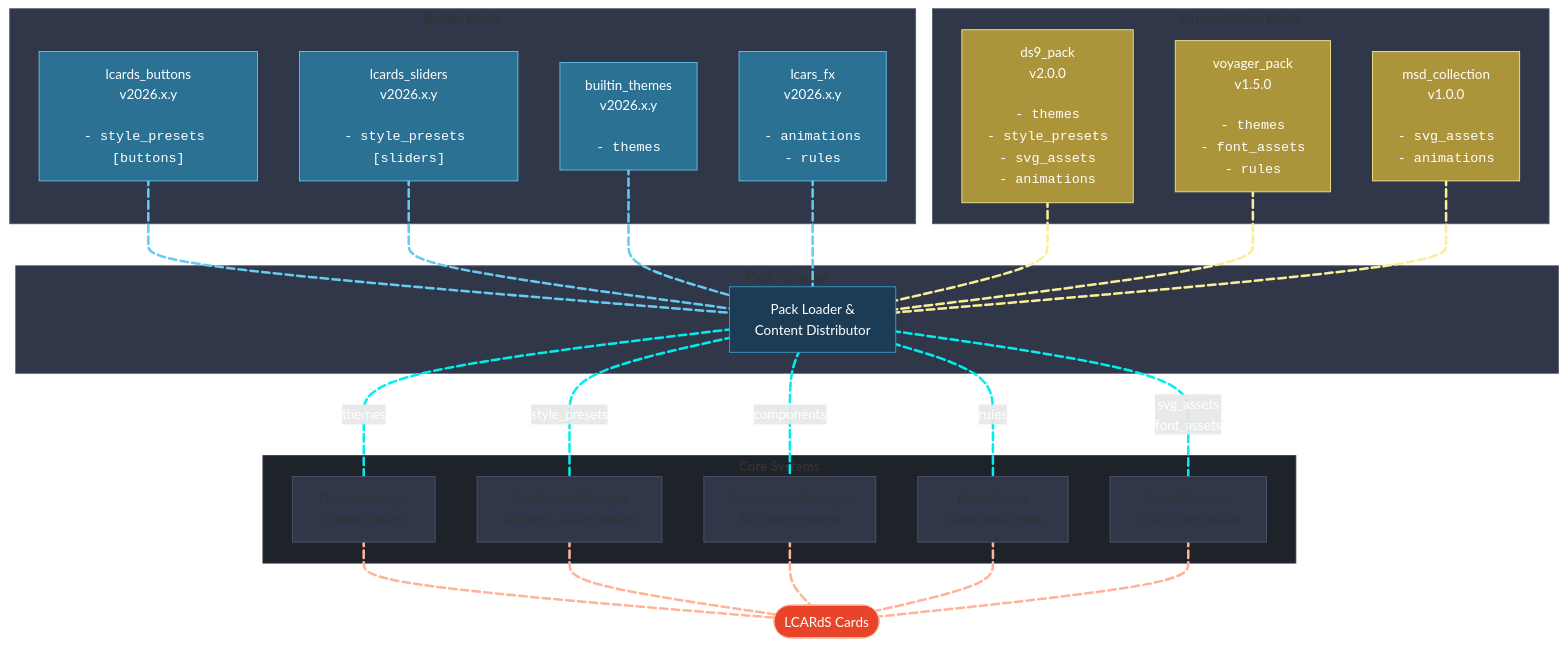
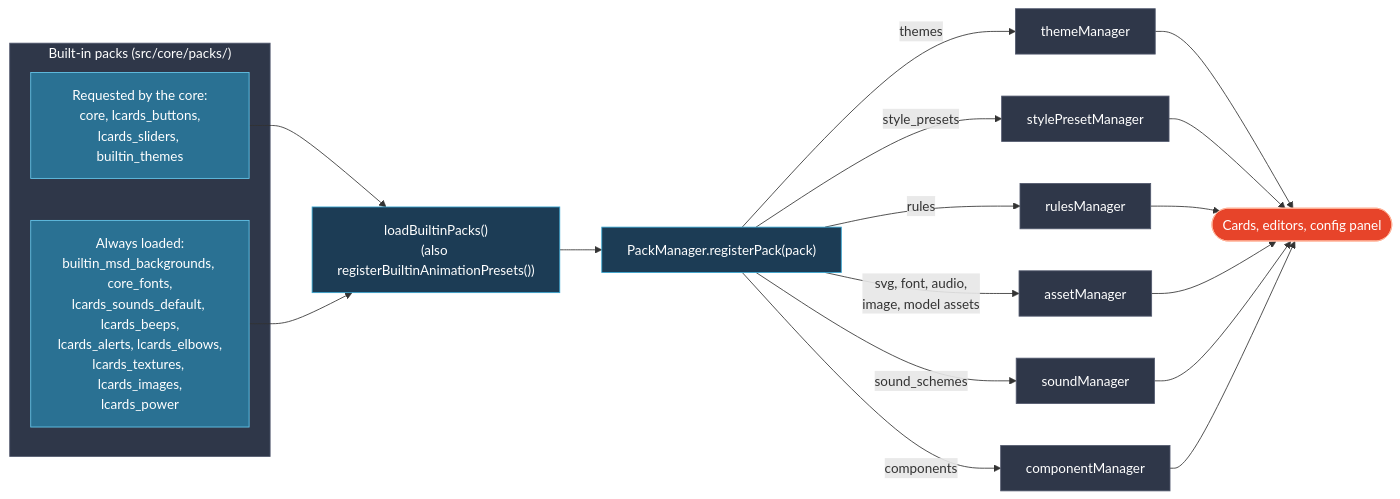
Before and after one commit to snootched/lcards: the second of 2 diagrams in doc/architecture/systems-arch.md, drawn with Mermaid. The commit also changed other lines of this file and 91 other files, not shown here.

````diff
--- a/doc/architecture/systems-arch.md
+++ b/doc/architecture/systems-arch.md
@@ -115,81 +117,31 @@
 ```mermaid
-flowchart TB
-    subgraph BuiltinPacks["<b>Builtin Packs</b>"]
-        P1["lcards_buttons<br/>v2026.x.y<br/><br/><code>- style_presets [buttons]</code>"]:::builtinPacksStyle
-        P2["lcards_sliders<br/>v2026.x.y<br/><br/><code>- style_presets [sliders]</code>"]:::builtinPacksStyle
-        P3["builtin_themes<br/>v2026.x.y<br/><br/><code>- themes</code>"]:::builtinPacksStyle
-        P4["lcars_fx<br/>v2026.x.y<br/><br/><code>- animations<br/>- rules</code>"]:::builtinPacksStyle
+flowchart LR
+    subgraph Packs["Built-in packs (src/core/packs/)"]
+        Req["Requested by the core:<br/>core, lcards_buttons,<br/>lcards_sliders, builtin_themes"]:::builtinPacksStyle
+        Always["Always loaded:<br/>builtin_msd_backgrounds, core_fonts,<br/>lcards_sounds_default, lcards_beeps,<br/>lcards_alerts, lcards_elbows,<br/>lcards_textures, lcards_images,<br/>lcards_power"]:::builtinPacksStyle
     end
-
-    subgraph ExternalPacks["<b>External/User Packs</b>"]
-        E1["ds9_pack<br/>v2.0.0<br/><br/><code>- themes<br/>- style_presets<br/>- svg_assets<br/>- animations</code>"]:::externalPacksStyle
-        E2["voyager_pack<br/>v1.5.0<br/><br/><code>- themes<br/>- font_assets<br/>- rules</code>"]:::externalPacksStyle
-        E3["msd_collection<br/>v1.0.0<br/><br/><code>- svg_assets<br/>- animations</code>"]:::externalPacksStyle
-    end
-
-    subgraph PackMgr["<b>PackManager</b>"]
-        PM[Pack Loader &<br/>Content Distributor]
-    end
-
-    subgraph CoreSystems["<b>Core Systems</b>"]
-        TM[ThemeManager<br/>Theme tokens]:::coreStyle
-        SPM[StylePresetManager<br/>Button & slider presets]:::coreStyle
-        CM[ComponentManager<br/>SVG components]:::coreStyle
-        RE[RulesEngine<br/>Conditional rules]:::coreStyle
-        AM[AssetManager<br/>SVG & font assets]:::coreStyle
-    end
-
-    P1 0@--- PM
-    P2 1@--- PM
-    P3 2@--- PM
-    P4 3@--- PM
-    E1 4@--- PM
-    E2 5@--- PM
-    E3 6@--- PM
-
-    PM 7@---|themes| TM
-    PM 8@---|style_presets| SPM
-    PM 9@---|components| CM
-    PM 10@---|rules| RE
-    PM 11@---|svg_assets<br/>font_assets| AM
-
-    TM 12@-.- Cards([LCARdS Cards])
-    SPM 13@-.- Cards
-    CM 14@-.- Cards
-    RE 15@-.- Cards
-    AM 16@-.- Cards
-
-    0@{ animate: slow }
-    1@{ animate: slow }
-    2@{ animate: slow }
-    3@{ animate: slow }
-    4@{ animate: slow }
-    5@{ animate: slow }
-    6@{ animate: slow }
-    7@{ animate: slow }
-    8@{ animate: slow }
-    9@{ animate: slow }
-    10@{ animate: slow }
-    11@{ animate: slow }
-    12@{ animate: slow }
-    13@{ animate: slow }
-    14@{ animate: slow }
-    15@{ animate: slow }
-    16@{ animate: slow }
-
-    linkStyle 0,1,2,3 stroke:#67caf0,stroke-width:3px
-    linkStyle 4,5,6 stroke:#f9ef97,stroke-width:3px
-    linkStyle 7,8,9,10,11 stroke:#00eeee,stroke-width:3px,color:#fff
-    linkStyle 12,13,14,15,16 stroke:#ffb399,stroke-width:3px
-
-    style BuiltinPacks fill:#2f3749,stroke:#52596e
-    style ExternalPacks fill:#2f3749,stroke:#52596e
-    style CoreSystems fill:#1e2229,stroke:#2f3749
-    style Cards fill:#e7442a,stroke:#ffb399,color:#fff
-    style PM fill:#1c3c55,stroke:#37a6d1,color:#fff
-    style PackMgr fill:#2f3749,stroke:#52596e
+    LBP["loadBuiltinPacks()<br/>(also registerBuiltinAnimationPresets())"]
+    PM["PackManager.registerPack(pack)"]
+    Req --> LBP
+    Always --> LBP
+    LBP --> PM
+    PM -->|"themes"| TM["themeManager"]:::coreStyle
+    PM -->|"style_presets"| SPM["stylePresetManager"]:::coreStyle
+    PM -->|"rules"| RE["rulesManager"]:::coreStyle
+    PM -->|"svg, font, audio,<br/>image, model assets"| AM["assetManager"]:::coreStyle
+    PM -->|"sound_schemes"| SM["soundManager"]:::coreStyle
+    PM -->|"components"| CM["componentManager"]:::coreStyle
+    TM --> UI(["Cards, editors, config panel"])
+    SPM --> UI
+    RE --> UI
+    AM --> UI
+    SM --> UI
+    CM --> UI
 
     classDef builtinPacksStyle fill:#2a7193,stroke:#67caf0,color:#fff
-    classDef externalPacksStyle fill:#ac943b,stroke:#f9ef97,color:#fff
-    classDef coreStyle fill:#2f3749,stroke:#52596e
+    classDef coreStyle fill:#2f3749,stroke:#52596e,color:#fff
+    style Packs fill:#2f3749,stroke:#52596e,color:#fff
+    style PM fill:#1c3c55,stroke:#37a6d1,color:#fff
+    style LBP fill:#1c3c55,stroke:#37a6d1,color:#fff
+    style UI fill:#e7442a,stroke:#ffb399,color:#fff
 ```
````
